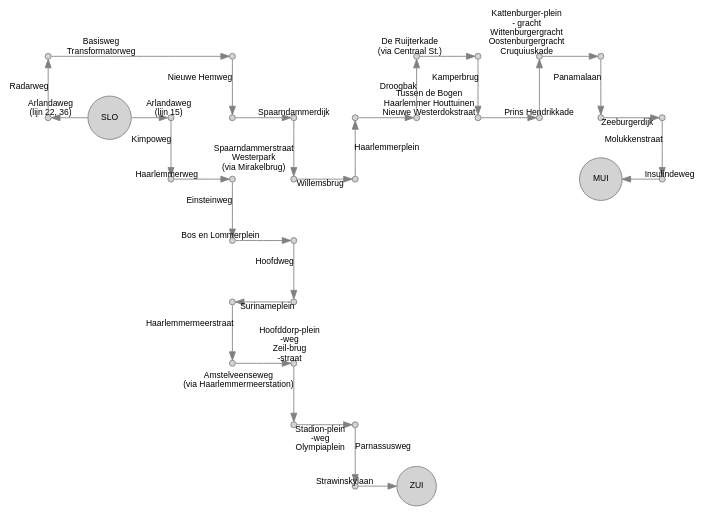
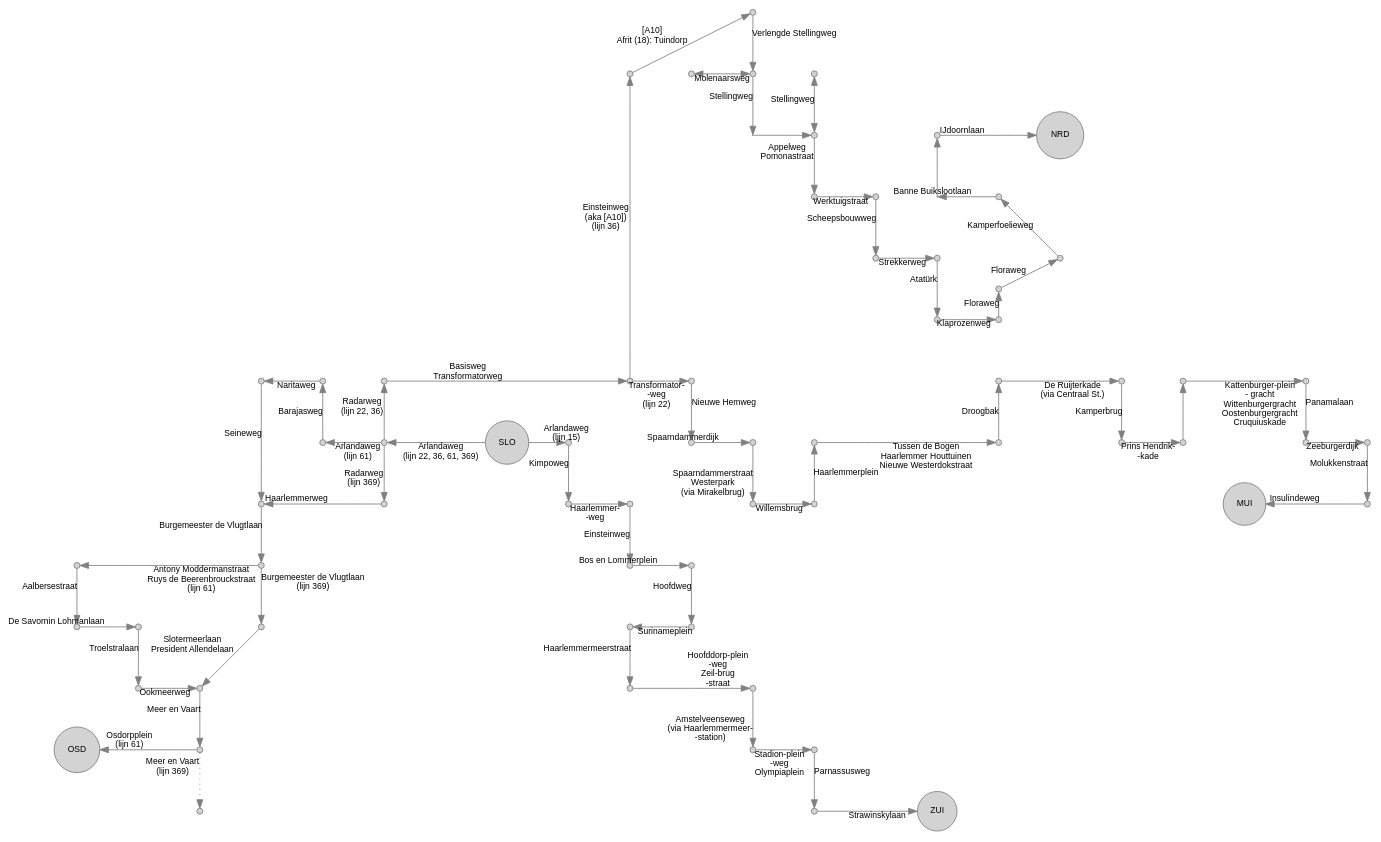
One commit to JacekPardyak/bus changed the diagram in gvb/SLO.gv. Above: the diagram before and after it, drawn with Graphviz. The commit also changed 15 other files, not shown here.

```diff
--- a/gvb/SLO.gv
+++ b/gvb/SLO.gv
@@ -1,76 +1,190 @@
 digraph G {
   layout = neato
   node [shape = circle, style = filled, fillcolor = lightgray, color=gray, height=0.1, label = "", fontsize = 10, fontname = "Arial"]
   edge [color=gray, fontsize = 10, fontname = "Arial"]
 
   1500 [pos = " 0, 0!", label = "SLO"]
   1501 [pos = " 1, 0!"]
   1502 [pos = " 1,-1!"]
   1503 [pos = " 2,-1!"]
   1504 [pos = " 2,-2!"]
   1505 [pos = " 3,-2!"]
   1506 [pos = " 3,-3!"]
   1507 [pos = " 2,-3!"]
   1508 [pos = " 2,-4!"]
-  1509 [pos = " 3,-4!"]
-  1510 [pos = " 3,-5!"]
-  1511 [pos = " 4,-5!"]
-  1512 [pos = " 4,-6!"]
-  1513 [pos = " 5,-6!", label = "ZUI"]
+  1509 [pos = " 4,-4!"]
+  1510 [pos = " 4,-5!"]
+  1511 [pos = " 5,-5!"]
+  1512 [pos = " 5,-6!"]
+  1513 [pos = " 7,-6!", label = "ZUI"]
   
-  2201 [pos = "-1, 0!"]
-  2202 [pos = "-1, 1!"]
-  2203 [pos = " 2, 1!"]
-  2204 [pos = " 2, 0!"]
-  2205 [pos = " 3, 0!"]
-  2206 [pos = " 3,-1!"]
-  2207 [pos = " 4,-1!"]
-  2208 [pos = " 4, 0!"]
-  2209 [pos = " 5, 0!"]
-  2210 [pos = " 5, 1!"]
-  2211 [pos = " 6, 1!"]
-  2212 [pos = " 6, 0!"]
-  2213 [pos = " 7, 0!"]
-  2214 [pos = " 7, 1!"]
-  2215 [pos = " 8, 1!"]
-  2216 [pos = " 8, 0!"]
-  2217 [pos = " 9, 0!"]
-  2218 [pos = " 9,-1!"]
-  2219 [pos = " 8,-1!", label = "MUI"]
-
-  1500 -> 1501 [label = "Arlandaweg \n (lijn 15)"]
+  2200 [pos = " 2, 1!"]
+  2201 [pos = "-2, 0!"]
+  2202 [pos = "-2, 1!"]
+  2203 [pos = " 3, 1!"]
+  2204 [pos = " 3, 0!"]
+  2205 [pos = " 4, 0!"]
+  2206 [pos = " 4,-1!"]
+  2207 [pos = " 5,-1!"]
+  2208 [pos = " 5, 0!"]
+  2209 [pos = " 8, 0!"]
+  2210 [pos = " 8, 1!"]
+  2211 [pos = "10, 1!"]
+  2212 [pos = "10, 0!"]
+  2213 [pos = "11, 0!"]
+  2214 [pos = "11, 1!"]
+  2215 [pos = "13, 1!"]
+  2216 [pos = "13, 0!"]
+  2217 [pos = "14, 0!"]
+  2218 [pos = "14,-1!"]
+  2219 [pos = "12,-1!", label = "MUI"]
+  
+  3602 [pos = " 2, 6!"]
+  3603 [pos = " 4, 7!"]
+  3604 [pos = " 4, 6!"]
+  3605 [pos = " 3, 6!"]
+  3606 [pos = " 4, 5!", height=0.01]
+  3607 [pos = " 5, 5!"]
+  3608 [pos = " 5, 6!"]
+  3609 [pos = " 5, 4!"]
+  3610 [pos = " 6, 4!"]
+  3611 [pos = " 6, 3!"]
+  3612 [pos = " 7, 3!"]
+  3613 [pos = " 7, 2!"]
+  3614 [pos = " 8, 2!"]
+  3615 [pos = " 8, 2.5!"]
+  3616 [pos = " 9, 3!"]
+  3617 [pos = " 8, 4!"]
+  3618 [pos = " 7, 4!", height=0.01]
+  3619 [pos = " 7, 5!"]
+  3620 [pos = " 9, 5!", label = "NRD"]
+  
+  6101 [pos = "-3, 0!"]
+  6102 [pos = "-3, 1!"]
+  6103 [pos = "-4, 1!"]
+  6104 [pos = "-7,-2!"]
+  6105 [pos = "-7,-3!"]  
+  6106 [pos = "-6,-3!"]  
+  6107 [pos = "-6,-4!"]  
+  6108 [pos = "-5,-4!"]  
+  6109 [pos = "-5,-5!"]  
+  6110 [pos = "-7,-5!", label = "OSD"]
+  
+  36901 [pos = "-2,-1!"]
+  36902 [pos = "-4,-1!"] 
+  36903 [pos = "-4,-2!"] 
+  36904 [pos = "-4,-3!"]
+  36905 [pos = "-5,-6!"]
+  
+  
+  1500 -> 1501 [label = "Arlandaweg 
+ (lijn 15)"]
   1501 -> 1502 [label = "Kimpoweg"]
-  1502 -> 1503 [label = "Haarlemmerweg"]
+  1502 -> 1503 [label = "Haarlemmer-
+-weg"]
   1503 -> 1504 [label = "Einsteinweg"]
   1504 -> 1505 [label = "Bos en Lommerplein"]
   1505 -> 1506 [label = "Hoofdweg"]
   1506 -> 1507 [label = "Surinameplein"]
   1507 -> 1508 [label = "Haarlemmermeerstraat"]
-  1508 -> 1509 [label = "Hoofddorp-plein \n -weg \n Zeil-brug \n -straat"]
-  1509 -> 1510 [label = "Amstelveenseweg \n (via Haarlemmermeerstation)"]
-  1510 -> 1511 [label = "Stadion-plein \n -weg \n Olympiaplein"]
+  1508 -> 1509 [label = "Hoofddorp-plein 
+ -weg 
+ Zeil-brug 
+ -straat"]
+  1509 -> 1510 [label = "Amstelveenseweg 
+ (via Haarlemmermeer-
+-station)"]
+  1510 -> 1511 [label = "Stadion-plein 
+ -weg 
+ Olympiaplein"]
   1511 -> 1512 [label = "Parnassusweg"]
   1512 -> 1513 [label = "Strawinskylaan"]
   
-  1500 -> 2201 [label = "Arlandaweg \n (lijn 22, 36)"]
-  2201 -> 2202 [label = "Radarweg"]
-  2202 -> 2203 [label = "Basisweg \n Transformatorweg"]
+  1500 -> 2201 [label = "Arlandaweg 
+ (lijn 22, 36, 61, 369)"]
+  2201 -> 2202 [label = "Radarweg 
+ (lijn 22, 36)"]
+  2202 -> 2200 [label = "Basisweg 
+ Transformatorweg"]
   2203 -> 2204 [label = "Nieuwe Hemweg"]
   2204 -> 2205 [label = "Spaarndammerdijk"]
-  2205 -> 2206 [label = "Spaarndammerstraat \n Westerpark \n (via Mirakelbrug)"]
+  2205 -> 2206 [label = "Spaarndammerstraat 
+ Westerpark 
+ (via Mirakelbrug)"]
   2206 -> 2207 [label = "Willemsbrug"]
   2207 -> 2208 [label = "Haarlemmerplein"]
-  2208 -> 2209 [label = "Tussen de Bogen \n Haarlemmer Houttuinen \n Nieuwe Westerdokstraat"]
+  2208 -> 2209 [label = "Tussen de Bogen 
+ Haarlemmer Houttuinen 
+ Nieuwe Westerdokstraat"]
   2209 -> 2210 [label = "Droogbak"]
-  2210 -> 2211 [label = "De Ruijterkade \n (via Centraal St.)"]
+  2210 -> 2211 [label = "De Ruijterkade 
+ (via Centraal St.)"]
   2211 -> 2212 [label = "Kamperbrug"]
-  2212 -> 2213 [label = "Prins Hendrikkade"]
+  2212 -> 2213 [label = "Prins Hendrik-
+-kade"]
   2213 -> 2214 [label = ""]
-  2214 -> 2215 [label = "Kattenburger-plein \n - gracht \n Wittenburgergracht \n Oostenburgergracht \n Cruquiuskade"]
+  2214 -> 2215 [label = "Kattenburger-plein 
+ - gracht 
+ Wittenburgergracht 
+ Oostenburgergracht 
+ Cruquiuskade"]
   2215 -> 2216 [label = "Panamalaan"]
   2216 -> 2217 [label = "Zeeburgerdijk"]
   2217 -> 2218 [label = "Molukkenstraat"]
   2218 -> 2219 [label = "Insulindeweg"]
-
-
+  
+  2200 -> 3602 [label = "Einsteinweg 
+ (aka [A10])
+ (lijn 36)"]
+  2200 -> 2203 [label = "Transformator-
+-weg 
+ (lijn 22)"]
+  3602 -> 3603 [label = "[A10] 
+ Afrit (18): Tuindorp"]
+  3603 -> 3604 [label = "Verlengde Stellingweg"]
+  3604 -> 3605 [dir = "both", label = "Molenaarsweg"]
+  3604 -> 3606 [label = "Stellingweg"]
+  3606 -> 3607 [label = ""]
+  3607 -> 3608 [dir = "both", label = "Stellingweg"]
+  3607 -> 3609 [label = "Appelweg 
+ Pomonastraat"]
+  3609 -> 3610 [label = "Werktuigstraat"]
+  3610 -> 3611 [label = "Scheepsbouwweg"]
+  3611 -> 3612 [label = "Strekkerweg"]
+  3612 -> 3613 [label = "Atatürk"]
+  3613 -> 3614 [label = "Klaprozenweg"]
+  3614 -> 3615 [label = "Floraweg"]
+  3615 -> 3616 [label = "Floraweg"]
+  3616 -> 3617 [label = "Kamperfoelieweg"]
+  3617 -> 3618 [label = "Banne Buikslootlaan"]
+  3618 -> 3619 [label = ""]
+  3619 -> 3620 [label = "IJdoornlaan"]
+  
+  2201 -> 6101 [label = "Arlandaweg 
+ (lijn 61)"]
+  6101 -> 6102 [label = "Barajasweg"]
+  6102 -> 6103 [label = "Naritaweg"]
+  6103 -> 36902 [label = "Seineweg"]
+  6104 -> 6105 [label = "Aalbersestraat"]  
+  6105 -> 6106 [label = "De Savornin Lohmanlaan"]  
+  6106 -> 6107 [label = "Troelstralaan"]  
+  6107 -> 6108 [label = "Ookmeerweg"]  
+  6108 -> 6109 [label = "Meer en Vaart"]  
+  6109 -> 6110 [label = "Osdorpplein 
+ (lijn 61)"]  
+  
+  2201 -> 36901 [label = "Radarweg 
+ (lijn 369)"]
+  36901 -> 36902 [label = "Haarlemmerweg"]
+  36902 -> 36903 [label = "Burgemeester de Vlugtlaan"]
+  36903 -> 6104 [label = "Antony Moddermanstraat 
+ Ruys de Beerenbrouckstraat 
+ (lijn 61)"]
+  36903 -> 36904 [label = "Burgemeester de Vlugtlaan 
+ (lijn 369)"]
+  36904 -> 6108 [label = "Slotermeerlaan 
+ President Allendelaan"]
+  6109 -> 36905 [label = "Meer en Vaart 
+ (lijn 369)", style=dotted ] 
+  
 }
```
